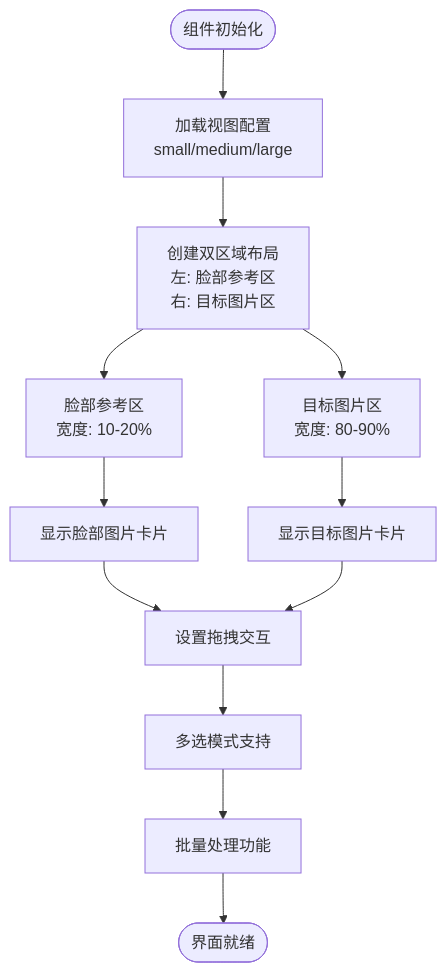
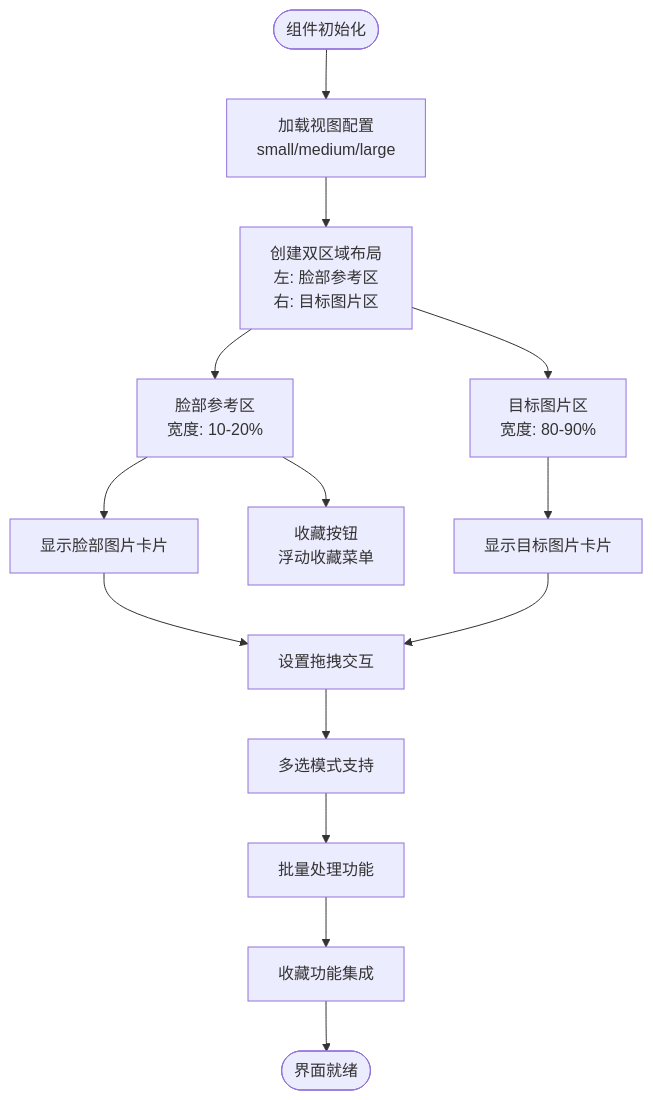
The fourth of 9 diagrams in .qoder/repowiki/zh/content/专业功能/面部交换.md (billye220670/CorineKit_Pix2Real), drawn with Mermaid before and after one commit. The commit also changed other lines of this file and 73 other files, not shown here.

````diff
--- a/.qoder/repowiki/zh/content/专业功能/面部交换.md
+++ b/.qoder/repowiki/zh/content/专业功能/面部交换.md
@@ -186,14 +222,16 @@
 ```mermaid
 flowchart TD
 Start([组件初始化]) --> Config["加载视图配置<br/>small/medium/large"]
 Config --> Zones["创建双区域布局<br/>左: 脸部参考区<br/>右: 目标图片区"]
 Zones --> FaceZone["脸部参考区<br/>宽度: 10-20%"]
 Zones --> TargetZone["目标图片区<br/>宽度: 80-90%"]
 FaceZone --> FaceCards["显示脸部图片卡片"]
+FaceZone --> FavoriteButton["收藏按钮<br/>浮动收藏菜单"]
 TargetZone --> TargetCards["显示目标图片卡片"]
 FaceCards --> Interactions["设置拖拽交互"]
 TargetCards --> Interactions
 Interactions --> MultiSelect["多选模式支持"]
 MultiSelect --> BatchProcess["批量处理功能"]
-BatchProcess --> End([界面就绪])
+BatchProcess --> Favorites["收藏功能集成"]
+Favorites --> End([界面就绪])
 ```
````
